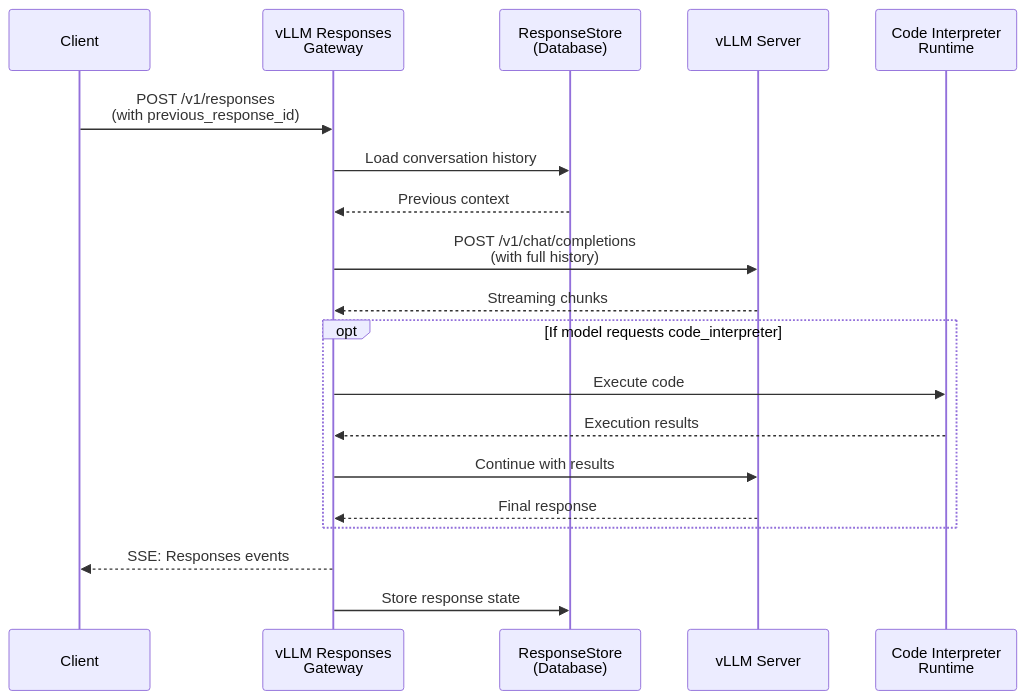
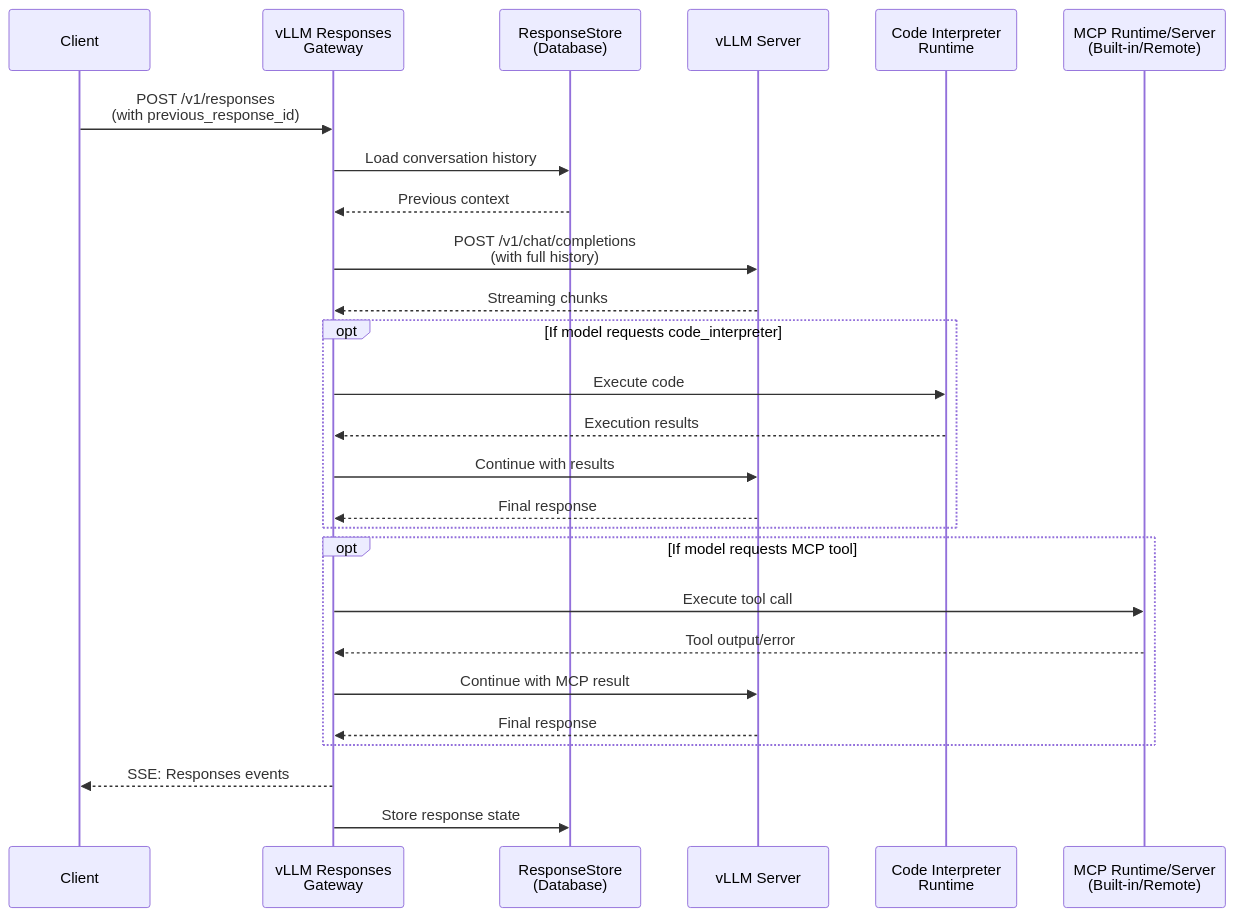
Before and after one commit to EmbeddedLLM/vllm-responses: the diagram in docs/getting-started/architecture.md, drawn with Mermaid. The commit also changed other lines of this file and 218 other files, not shown here.

First line of the commit message:
Add MCP support (standalone MCP http server) (#17)

````diff
--- a/docs/getting-started/architecture.md
+++ b/docs/getting-started/architecture.md
@@ -9,24 +9,32 @@
 ```mermaid
 sequenceDiagram
     participant Client
     participant Gateway as vLLM Responses<br/>Gateway
     participant DB as ResponseStore<br/>(Database)
     participant vLLM as vLLM Server
     participant CI as Code Interpreter<br/>Runtime
+    participant MCP as MCP Runtime/Server<br/>(Built-in/Remote)
 
     Client->>Gateway: POST /v1/responses<br/>(with previous_response_id)
     Gateway->>DB: Load conversation history
     DB-->>Gateway: Previous context
     Gateway->>vLLM: POST /v1/chat/completions<br/>(with full history)
     vLLM-->>Gateway: Streaming chunks
 
     opt If model requests code_interpreter
         Gateway->>CI: Execute code
         CI-->>Gateway: Execution results
         Gateway->>vLLM: Continue with results
         vLLM-->>Gateway: Final response
     end
 
+    opt If model requests MCP tool
+        Gateway->>MCP: Execute tool call
+        MCP-->>Gateway: Tool output/error
+        Gateway->>vLLM: Continue with MCP result
+        vLLM-->>Gateway: Final response
+    end
+
     Gateway-->>Client: SSE: Responses events
     Gateway->>DB: Store response state
 ```
````
